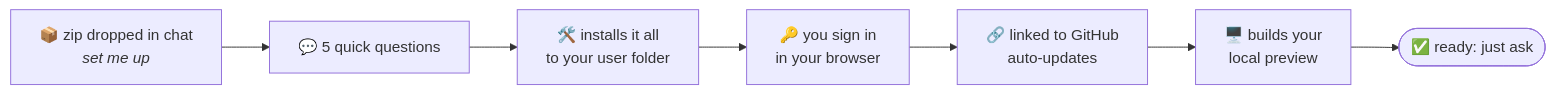
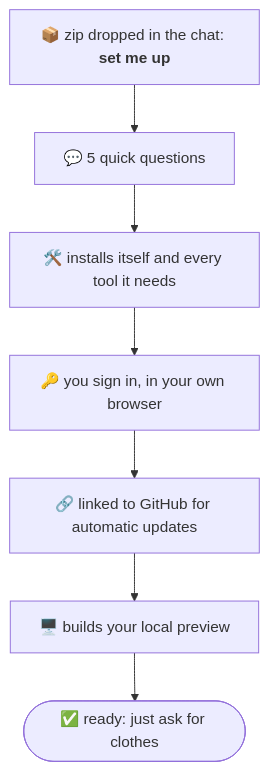
The first of 2 diagrams in README.md (ImmortalWalrus/an-maker), drawn with Mermaid before and after one commit. The commit also changed other lines of this file, not shown here.

Commit message:
README: simpler flowcharts

````diff
--- a/README.md
+++ b/README.md
@@ -38,9 +38,9 @@
 ```mermaid
-flowchart LR
-    Z["📦 zip dropped in chat<br/><i>set me up</i>"] --> Q["💬 5 quick questions"]
-    Q --> I["🛠️ installs it all<br/>to your user folder"]
-    I --> S["🔑 you sign in<br/>in your browser"]
-    S --> L["🔗 linked to GitHub<br/>auto-updates"]
-    L --> P["🖥️ builds your<br/>local preview"]
-    P --> R(["✅ ready: just ask"])
+flowchart TD
+    Z["📦 zip dropped in the chat: <b>set me up</b>"] --> Q["💬 5 quick questions"]
+    Q --> I["🛠️ installs itself and every tool it needs"]
+    I --> S["🔑 you sign in, in your own browser"]
+    S --> L["🔗 linked to GitHub for automatic updates"]
+    L --> P["🖥️ builds your local preview"]
+    P --> R(["✅ ready: just ask for clothes"])
 ```
````
